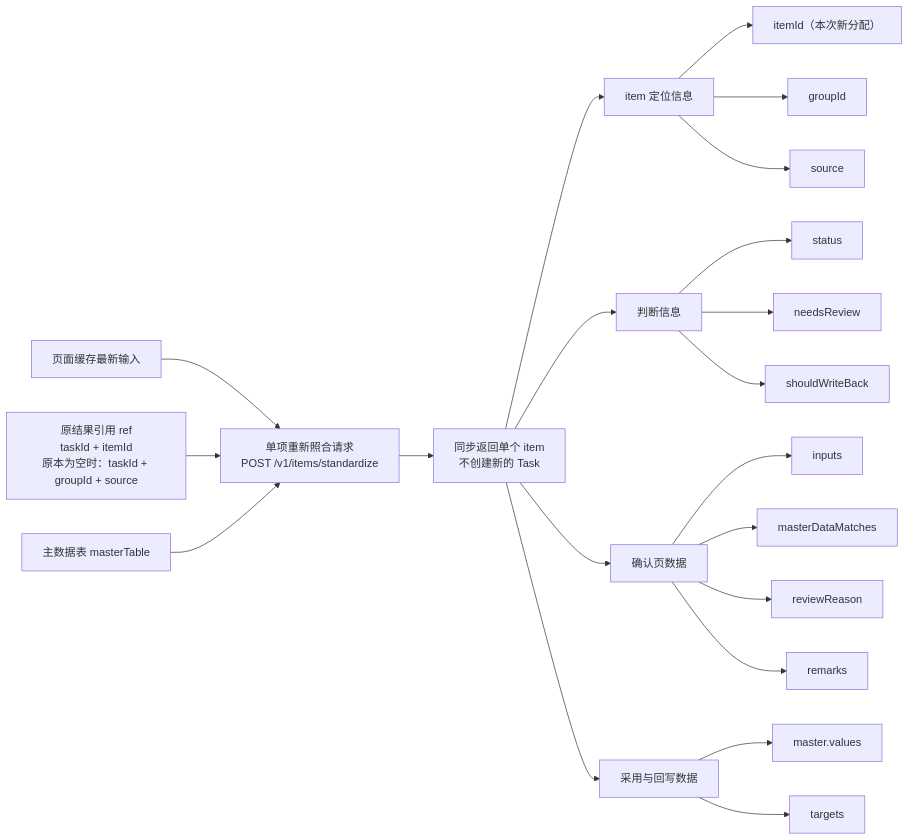
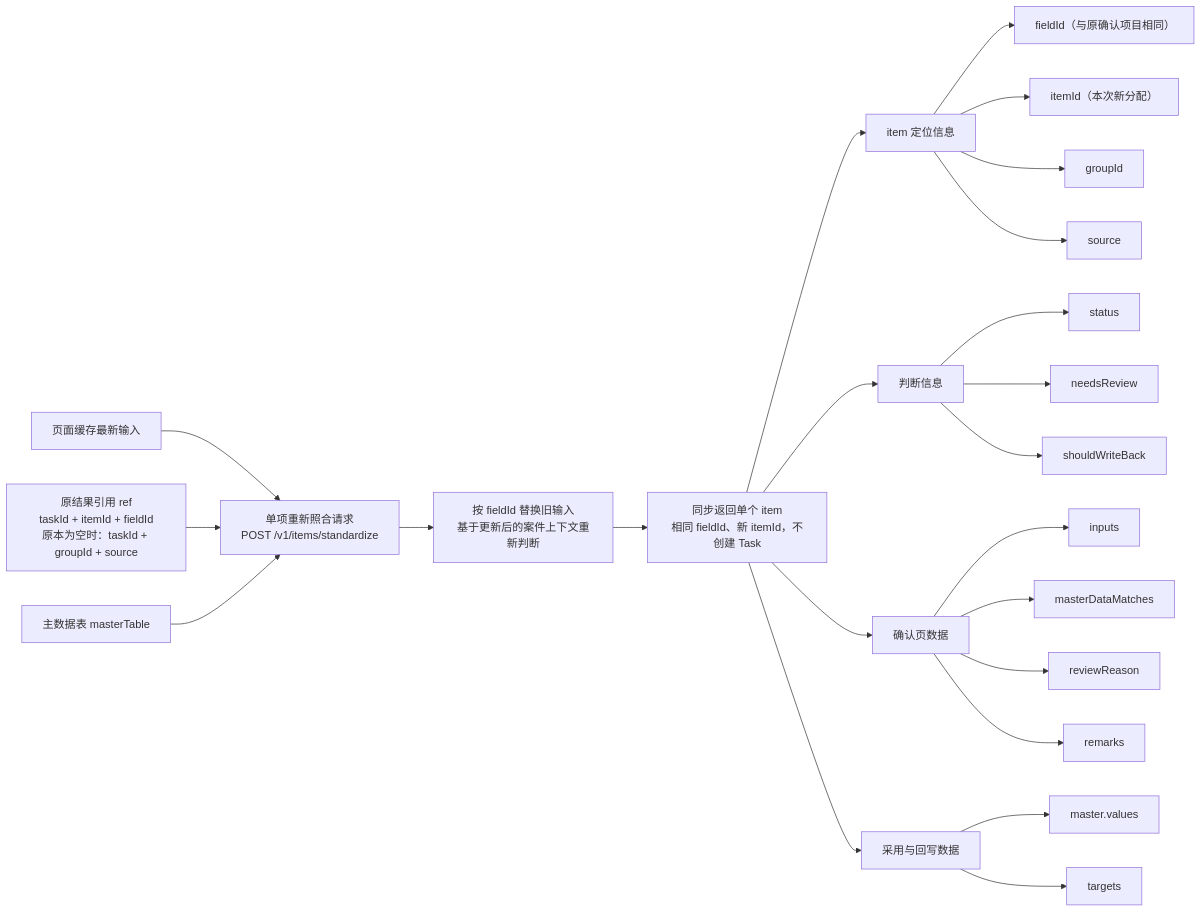
The second of 3 diagrams in PRD.zh-CN.md (aruirage/IDP-Ph4-Master-Demo-PRD), drawn with Mermaid before and after one commit. The commit also changed other lines of this file and 7 other files, not shown here.

````diff
--- a/PRD.zh-CN.md
+++ b/PRD.zh-CN.md
@@ -135,23 +138,25 @@
 ```mermaid
 flowchart LR
     r1["页面缓存最新输入"] --> r3["单项重新照合请求<br/>POST /v1/items/standardize"]
-    r2["原结果引用 ref<br/>taskId + itemId<br/>原本为空时：taskId + groupId + source"] --> r3
+    r2["原结果引用 ref<br/>taskId + itemId + fieldId<br/>原本为空时：taskId + groupId + source"] --> r3
     r0["主数据表 masterTable"] --> r3
-    r3 --> r4["同步返回单个 item<br/>不创建新的 Task"]
+    r3 --> r31["按 fieldId 替换旧输入<br/>基于更新后的案件上下文重新判断"]
+    r31 --> r4["同步返回单个 item<br/>相同 fieldId、新 itemId，不创建 Task"]
     r4 --> r5["item 定位信息"]
+    r5 --> r50["fieldId（与原确认项目相同）"]
     r5 --> r51["itemId（本次新分配）"]
     r5 --> r52["groupId"]
     r5 --> r53["source"]
     r4 --> r6["判断信息"]
     r6 --> r61["status"]
     r6 --> r62["needsReview"]
     r6 --> r63["shouldWriteBack"]
     r4 --> r7["确认页数据"]
     r7 --> r71["inputs"]
     r7 --> r72["masterDataMatches"]
     r7 --> r73["reviewReason"]
     r7 --> r74["remarks"]
     r4 --> r8["采用与回写数据"]
     r8 --> r81["master.values"]
     r8 --> r82["targets"]
 ```
````
